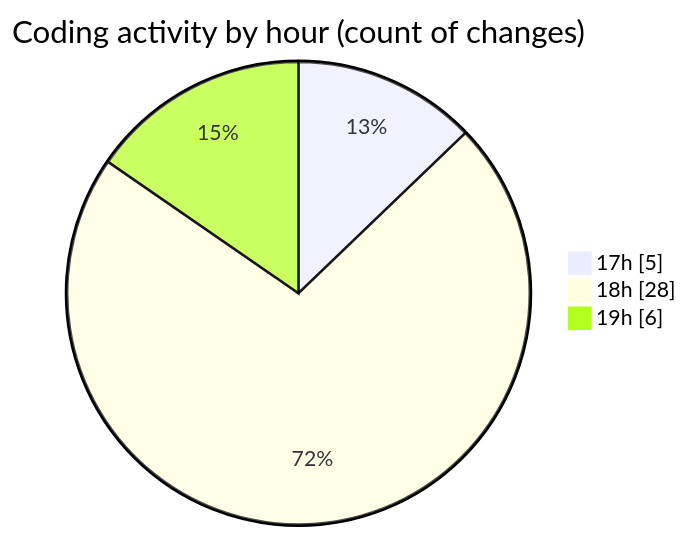
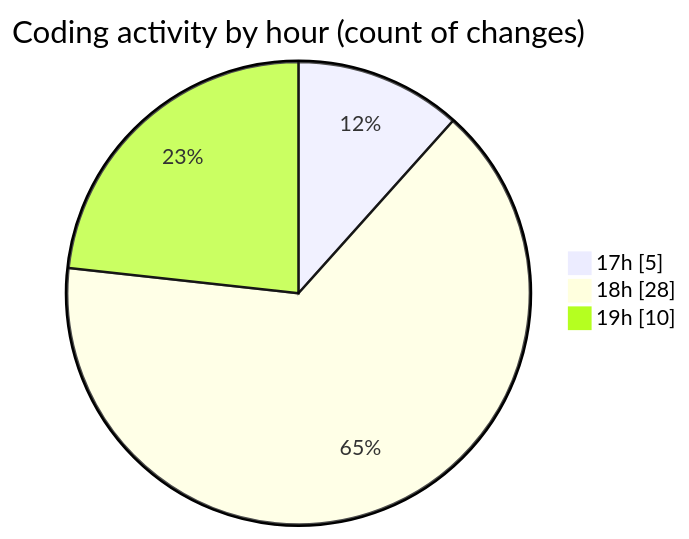
The second of 2 diagrams in 2025-01-01/uber_clone/README.md (donsfak/code-tracking), drawn with Mermaid before and after one commit. The commit also changed other lines of this file and 1 other file, not shown here.

````diff
--- a/2025-01-01/uber_clone/README.md
+++ b/2025-01-01/uber_clone/README.md
@@ -39,7 +39,7 @@
 ```mermaid
 pie showData
 title Coding activity by hour (count of changes)
 "17h" : 5
 "18h" : 28
-"19h" : 6
+"19h" : 10
 ```
````
